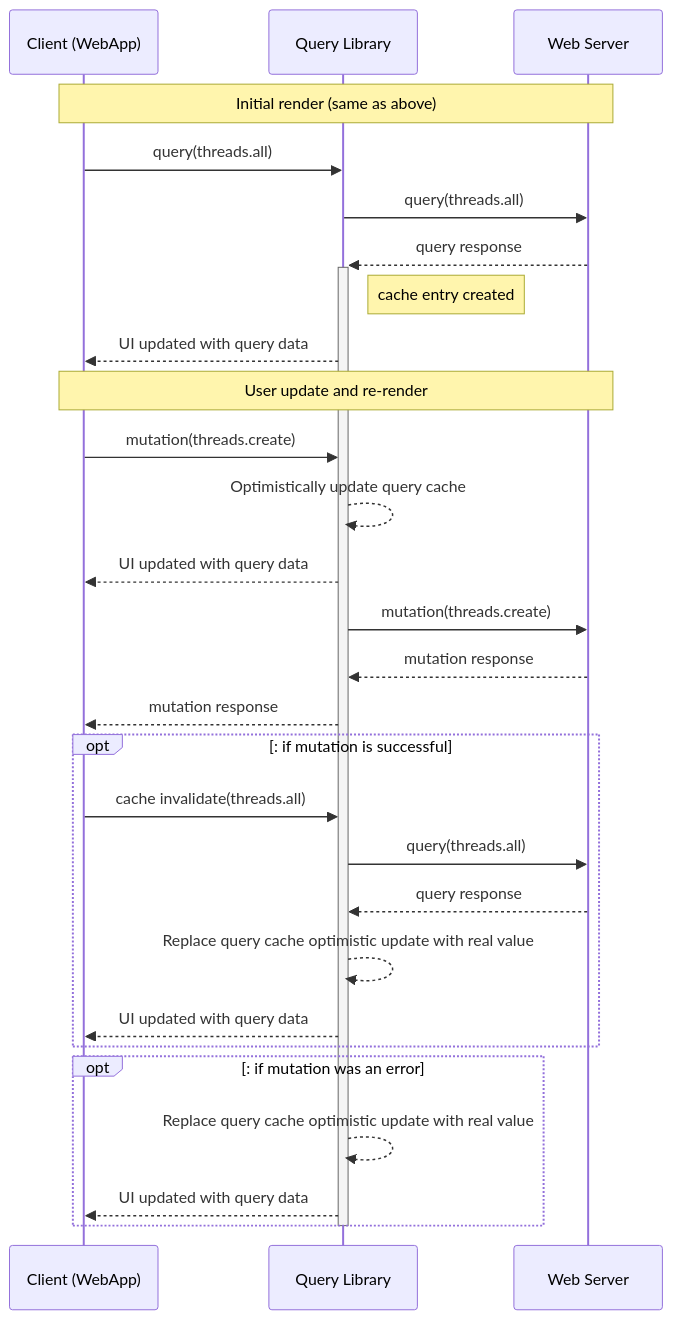
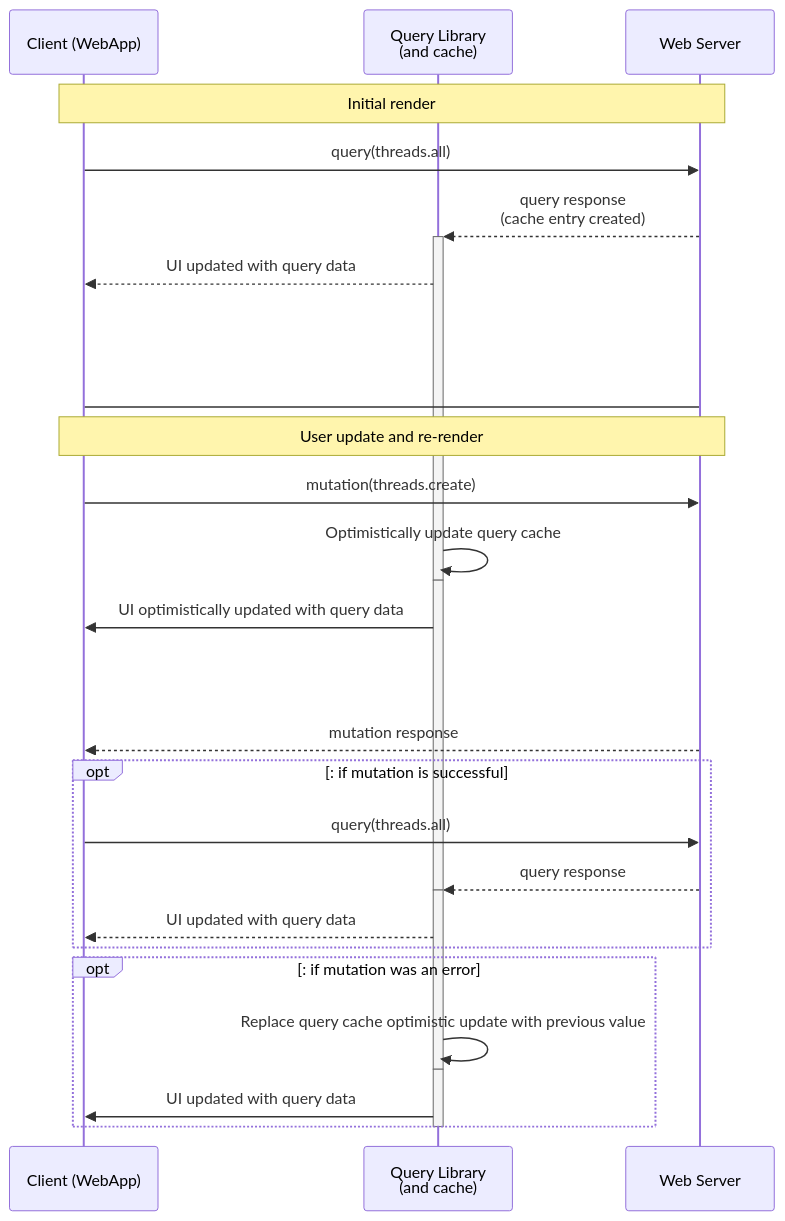
One commit to JonLoesch/optimistic-updates changed the second of 3 diagrams in README.md. Above: the diagram before and after it, drawn with Mermaid. The commit also changed other lines of this file and 1 other file, not shown here.

````diff
--- a/README.md
+++ b/README.md
@@ -42,31 +60,36 @@
 ```mermaid
 sequenceDiagram
     participant C as Client (WebApp)
-    participant Q as Query Library
+    participant Q as Query Library<br/>(and cache)
     participant S as Web Server
-    Note over C, S: Initial render (same as above)
-    C->>Q: query(threads.all)
-    Q->>S: query(threads.all)
-    S-->>+Q: query response
-    Note right of Q: cache entry created
+
+    Note over C, S: Initial render
+    C->>S: query(threads.all)
+    S-->>+Q: query response<br/>(cache entry created)
     Q-->>C: UI updated with query data
+
+    C->S: <br/><br/><br/><br/>
     Note over C,S: User update and re-render
-    C->>Q: mutation(threads.create)
-    Q-->>Q: Optimistically update query cache
-    Q-->>C: UI updated with query data
-    Q->>S: mutation(threads.create)
-    S-->>Q: mutation response
-    Q-->>C: mutation response
+    C->>S: mutation(threads.create)
+    Q->>Q: Optimistically update query cache
+    deactivate Q
+    activate Q
+    Q->>C: UI optimistically updated with query data
+
+    S-->>C: <br/><br/><br/><br/>mutation response
     opt: if mutation is successful
-        C->>Q: cache invalidate(threads.all)
-        Q->>S: query(threads.all)
+        C->>S: query(threads.all)
         S-->>Q: query response
-        Q-->>Q: Replace query cache optimistic update with real value
+        deactivate Q
+        activate Q
         Q-->>C: UI updated with query data
     end
     opt: if mutation was an error
-        Q-->>Q: Replace query cache optimistic update with real value
-        Q-->>C: UI updated with query data
+        Q->>Q: Replace query cache optimistic update with previous value
+        deactivate Q
+        activate Q
+        Q->>C: UI updated with query data
     end
+
     deactivate Q
 ```
````
